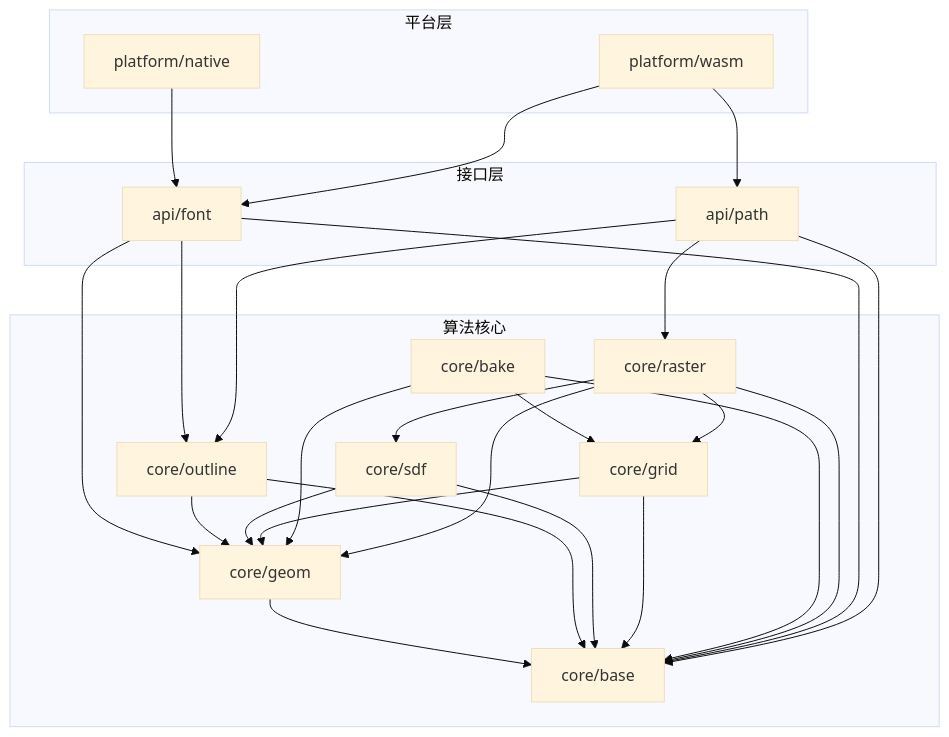
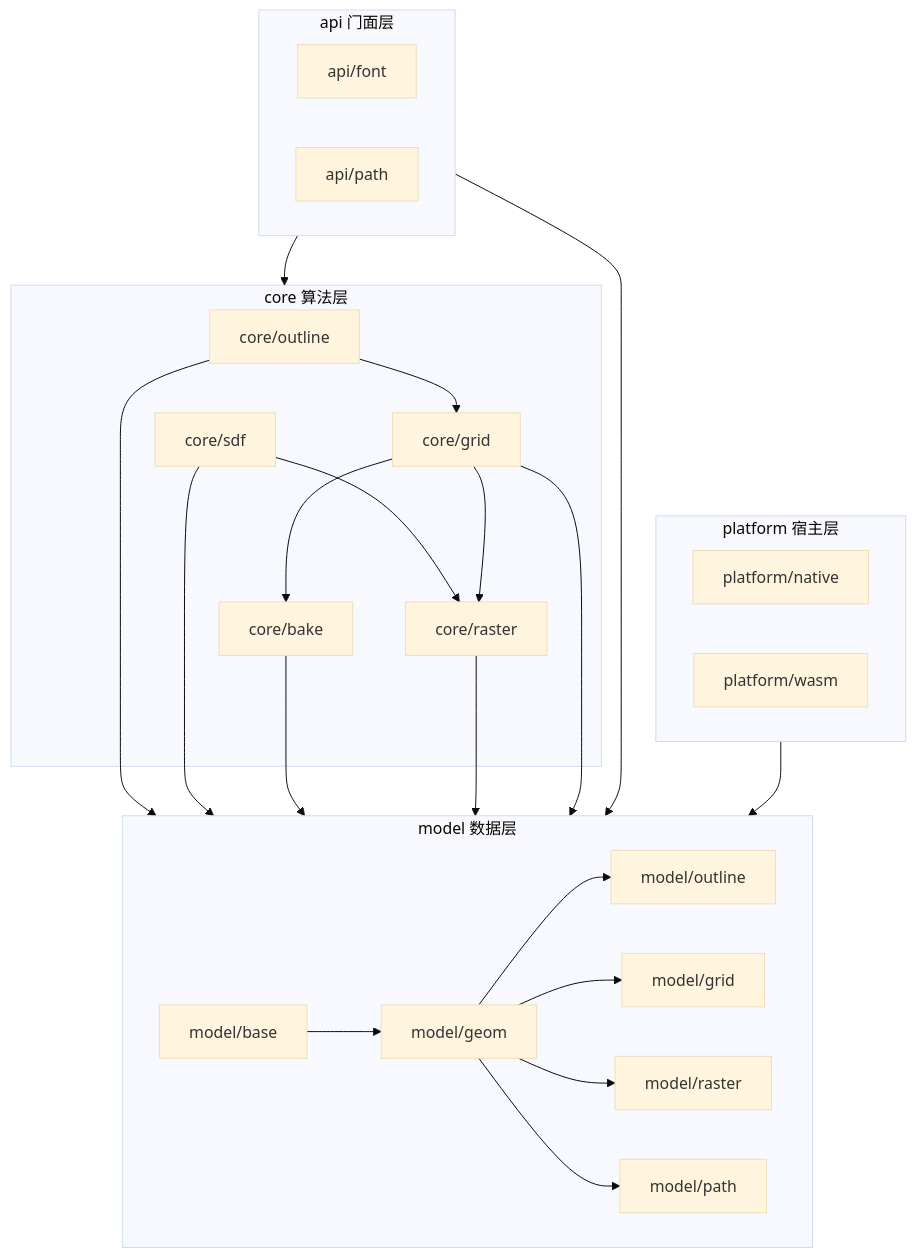
The diagram in design/pi_sdf2/plan/05-architecture.md (GaiaWorld/pi_sdf), drawn with Mermaid (base theme) before and after one commit. The commit also changed other lines of this file and 111 other files, not shown here.

````diff
--- a/design/pi_sdf2/plan/05-architecture.md
+++ b/design/pi_sdf2/plan/05-architecture.md
@@ -9,43 +13,43 @@
 ```mermaid
 flowchart TD
-  subgraph P[平台层]
-    NATIVE[platform/native]
-    WASM[platform/wasm]
+  subgraph M[model 数据层]
+    MB[model/base]
+    MG[model/geom]
+    MO[model/outline]
+    MGD[model/grid]
+    MR[model/raster]
+    MP[model/path]
   end
-  subgraph A[接口层]
-    FONT[api/font]
-    PATH[api/path]
+  subgraph C[core 算法层]
+    CO[core/outline]
+    CS[core/sdf]
+    CG[core/grid]
+    CB[core/bake]
+    CR[core/raster]
   end
-  subgraph C[算法核心]
-    BASE[core/base]
-    GEOM[core/geom]
-    OUTLINE[core/outline]
-    SDF[core/sdf]
-    GRID[core/grid]
-    BAKE[core/bake]
-    RASTER[core/raster]
+  subgraph A[api 门面层]
+    AF[api/font]
+    AP[api/path]
   end
-  NATIVE --> FONT
-  WASM --> FONT
-  WASM --> PATH
-  FONT --> OUTLINE
-  FONT --> GEOM
-  PATH --> OUTLINE
-  PATH --> RASTER
-  OUTLINE --> GEOM
-  SDF --> GEOM
-  GRID --> GEOM
-  BAKE --> GRID
-  BAKE --> GEOM
-  RASTER --> SDF
-  RASTER --> GRID
-  RASTER --> GEOM
-  GEOM --> BASE
-  OUTLINE --> BASE
-  SDF --> BASE
-  GRID --> BASE
-  BAKE --> BASE
-  RASTER --> BASE
-  FONT --> BASE
-  PATH --> BASE
+  subgraph P[platform 宿主层]
+    PN[platform/native]
+    PW[platform/wasm]
+  end
+  MB --> MG
+  MG --> MO
+  MG --> MGD
+  MG --> MR
+  MG --> MP
+  CO --> CG
+  CG --> CB
+  CS --> CR
+  CG --> CR
+  CO --> M
+  CS --> M
+  CB --> M
+  CR --> M
+  CG --> M
+  A --> C
+  A --> M
+  P --> M
 ```
````
